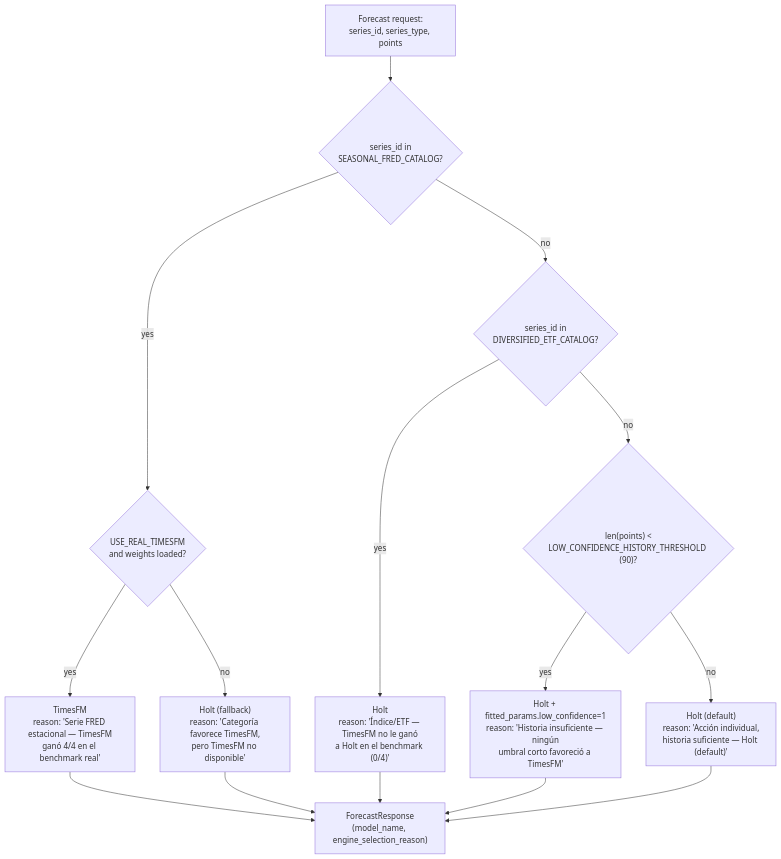
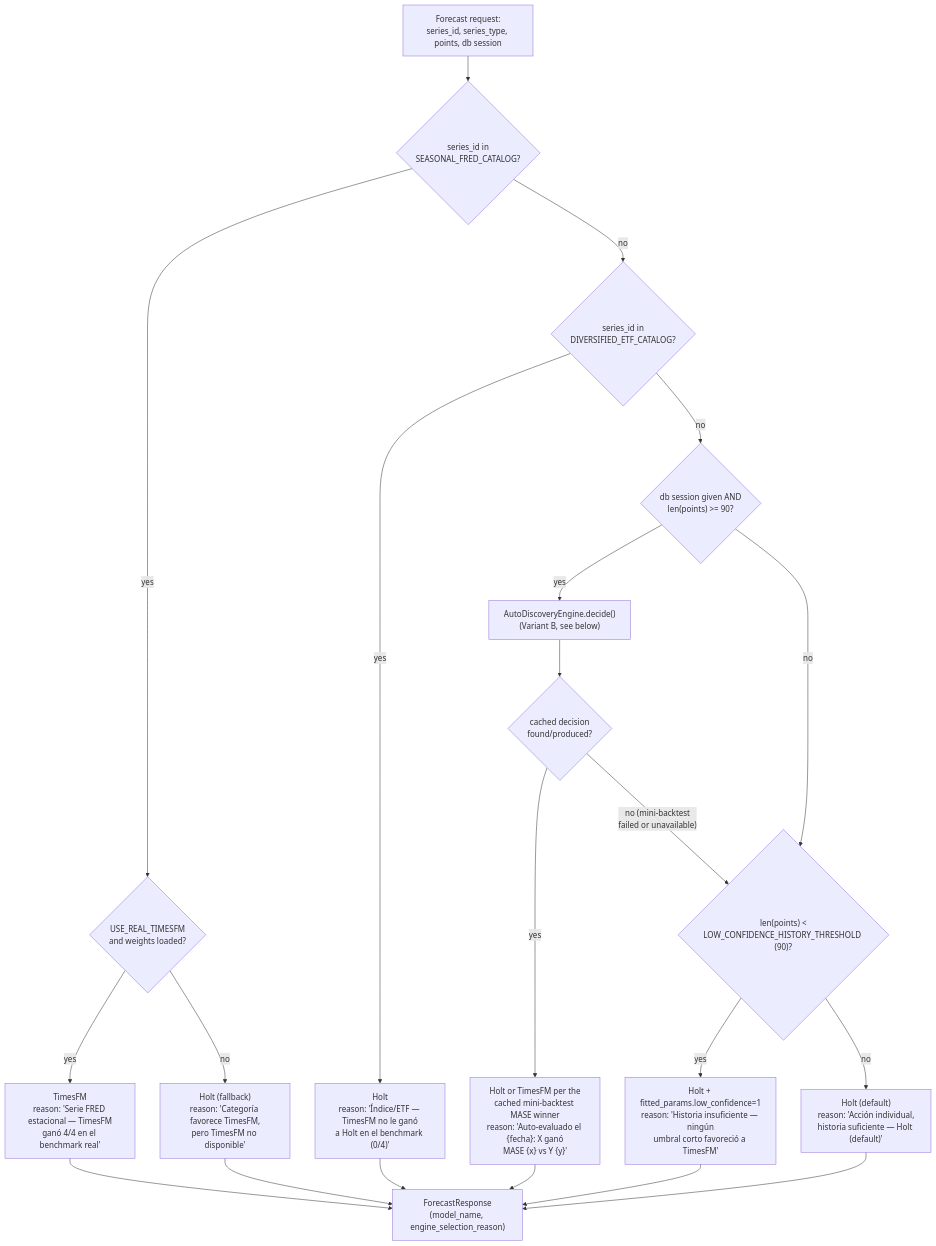
The first of 2 diagrams in docs/ARCHITECTURE.md (casper06/timeInvestor), drawn with Mermaid before and after one commit. The commit also changed other lines of this file and 6 other files, not shown here.

````diff
--- a/docs/ARCHITECTURE.md
+++ b/docs/ARCHITECTURE.md
@@ -8,21 +8,28 @@
 ```mermaid
 flowchart TD
-    A["Forecast request:\nseries_id, series_type, points"] --> B{"series_id in\nSEASONAL_FRED_CATALOG?"}
+    A["Forecast request:\nseries_id, series_type, points, db session"] --> B{"series_id in\nSEASONAL_FRED_CATALOG?"}
     B -- yes --> C{"USE_REAL_TIMESFM\nand weights loaded?"}
     C -- yes --> D["TimesFM\nreason: 'Serie FRED estacional — TimesFM\nganó 4/4 en el benchmark real'"]
     C -- no --> E["Holt (fallback)\nreason: 'Categoría favorece TimesFM,\npero TimesFM no disponible'"]
 
     B -- no --> F{"series_id in\nDIVERSIFIED_ETF_CATALOG?"}
     F -- yes --> G["Holt\nreason: 'Índice/ETF — TimesFM no le ganó\na Holt en el benchmark (0/4)'"]
 
-    F -- no --> H{"len(points) <\nLOW_CONFIDENCE_HISTORY_THRESHOLD (90)?"}
+    F -- no --> M{"db session given AND\nlen(points) >= 90?"}
+    M -- yes --> N["AutoDiscoveryEngine.decide()\n(Variant B, see below)"]
+    N --> O{"cached decision\nfound/produced?"}
+    O -- yes --> P["Holt or TimesFM per the\ncached mini-backtest MASE winner\nreason: 'Auto-evaluado el {fecha}: X ganó\nMASE {x} vs Y {y}'"]
+    O -- no (mini-backtest\nfailed or unavailable) --> H
+
+    M -- no --> H{"len(points) <\nLOW_CONFIDENCE_HISTORY_THRESHOLD (90)?"}
     H -- yes --> I["Holt + fitted_params.low_confidence=1\nreason: 'Historia insuficiente — ningún\numbral corto favoreció a TimesFM'"]
 
     H -- no --> J["Holt (default)\nreason: 'Acción individual,\nhistoria suficiente — Holt (default)'"]
 
     D --> K["ForecastResponse\n(model_name, engine_selection_reason)"]
     E --> K
     G --> K
+    P --> K
     I --> K
     J --> K
 ```
````
